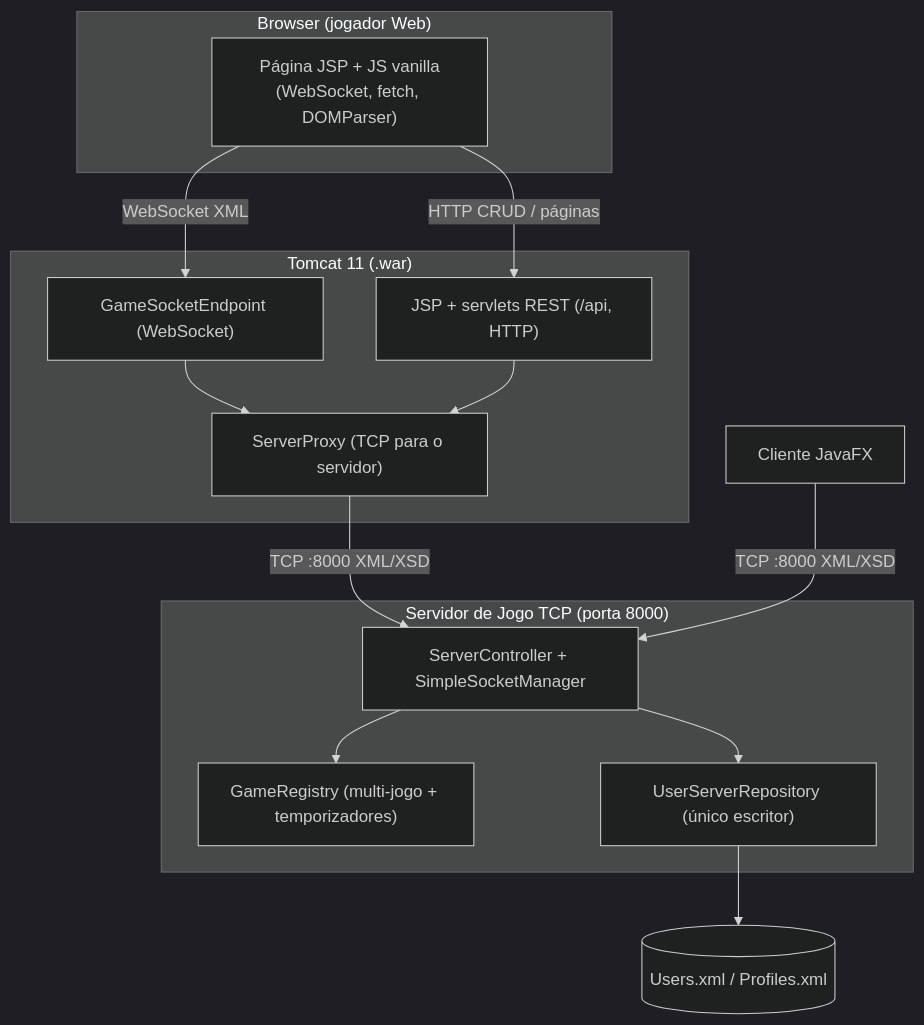
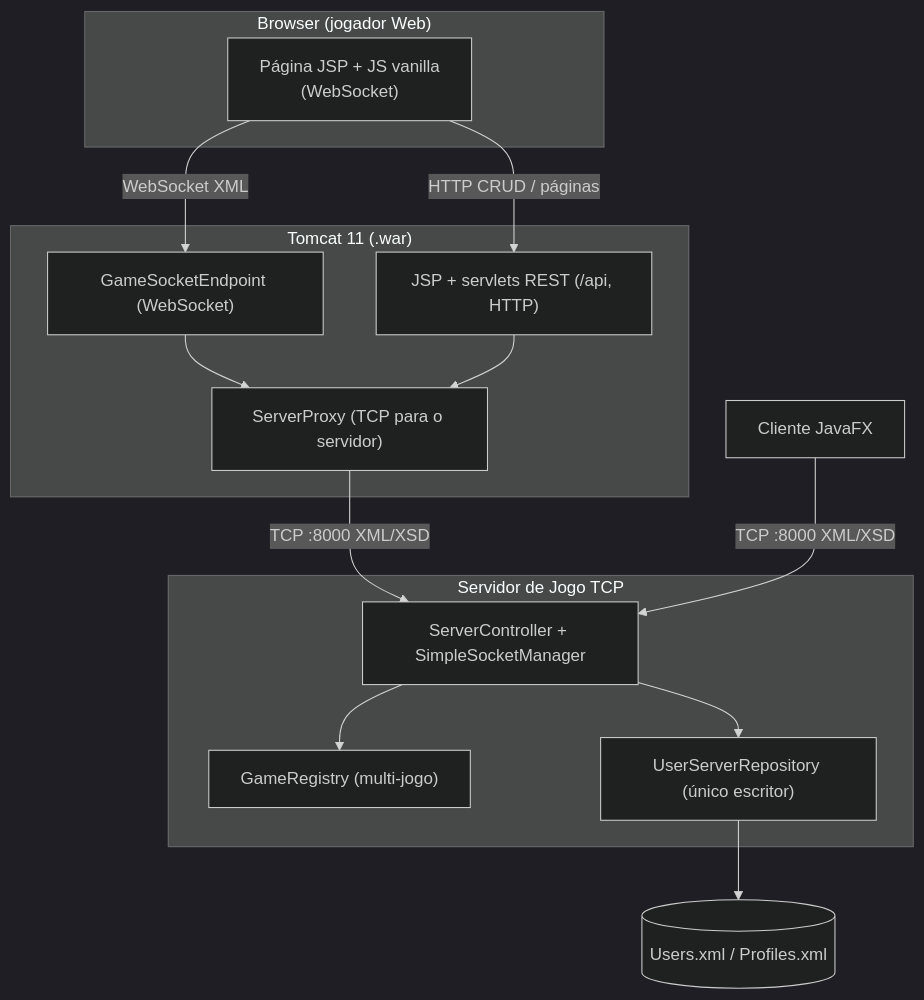
The first of 2 diagrams in dotsandboxes/docs/relatorio.md (andre0xFF/ISEL-LEIM-ICD), drawn with Mermaid (dark theme) before and after one commit. The commit also changed other lines of this file and 17 other files, not shown here.

````diff
--- a/dotsandboxes/docs/relatorio.md
+++ b/dotsandboxes/docs/relatorio.md
@@ -83,27 +88,27 @@
 ```mermaid
 graph TD
     subgraph Browser["Browser (jogador Web)"]
-        JS["Página JSP + JS vanilla<br/>(WebSocket, fetch, DOMParser)"]
+        JS["Página JSP + JS vanilla<br/>(WebSocket)"]
     end
     subgraph Tomcat["Tomcat 11 (.war)"]
         JSP["JSP + servlets REST (/api, HTTP)"]
         WS["GameSocketEndpoint (WebSocket)"]
         PX["ServerProxy (TCP para o servidor)"]
     end
-    subgraph GS["Servidor de Jogo TCP (porta 8000)"]
+    subgraph GS["Servidor de Jogo TCP"]
         SC["ServerController + SimpleSocketManager"]
-        GR["GameRegistry (multi-jogo + temporizadores)"]
+        GR["GameRegistry (multi-jogo)"]
         REPO["UserServerRepository (único escritor)"]
     end
     GUI["Cliente JavaFX"]
     UXML[("Users.xml / Profiles.xml")]
     JS -->|HTTP CRUD / páginas| JSP
     JS -->|WebSocket XML| WS
     WS --> PX
     JSP --> PX
     PX -->|TCP :8000 XML/XSD| SC
     GUI -->|TCP :8000 XML/XSD| SC
     SC --> GR
     SC --> REPO
     REPO --> UXML
 ```
````
